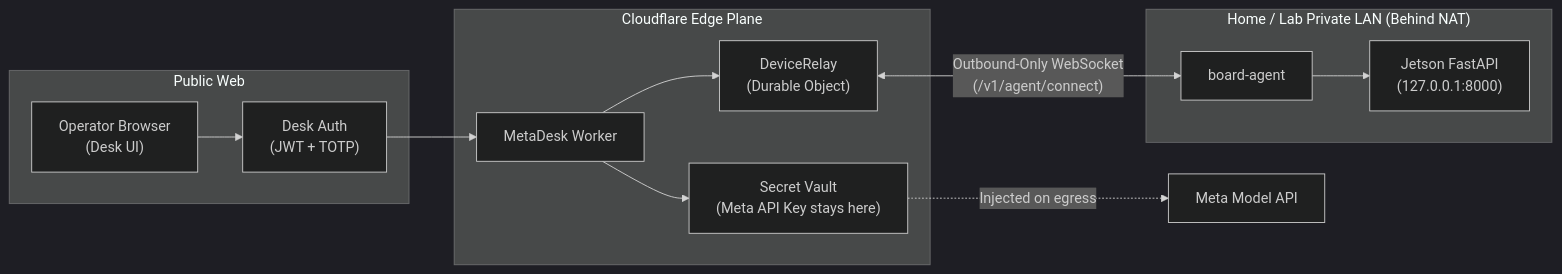
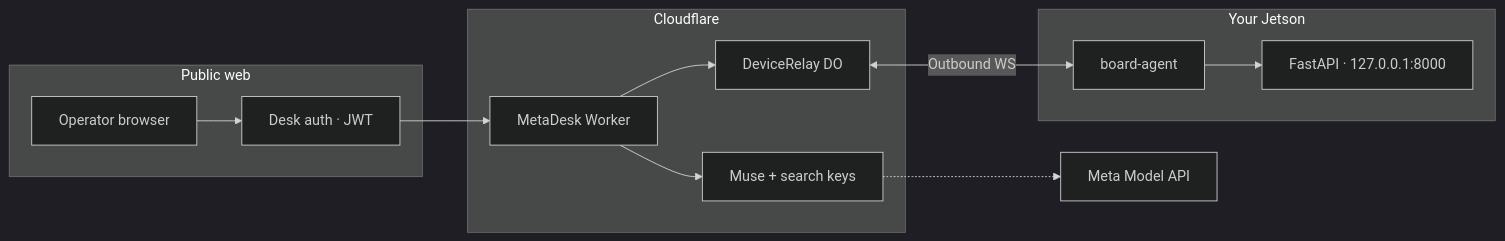
One commit to altaga/MetaDesk changed the second of 2 diagrams in README.md. Above: the diagram before and after it, drawn with Mermaid (dark theme). The commit also changed other lines of this file and 17 other files, not shown here.

First line of the commit message:
Document Muse-first MetaDesk with live UI screenshots.

````diff
--- a/README.md
+++ b/README.md
@@ -167,19 +138,16 @@
 ```mermaid
 flowchart LR
-  subgraph PublicWeb["Public Web"]
-    Browser["Operator Browser<br/>(Desk UI)"] --> Auth["Desk Auth<br/>(JWT + TOTP)"]
+  subgraph Public["Public web"]
+    Browser["Operator browser"] --> Auth["Desk auth · JWT"]
   end
-
-  subgraph Cloudflare["Cloudflare Edge Plane"]
+  subgraph CF["Cloudflare"]
     Auth --> Worker["MetaDesk Worker"]
-    Worker --> DO["DeviceRelay<br/>(Durable Object)"]
-    Worker --> Vault["Secret Vault<br/>(Meta API Key stays here)"]
+    Worker --> Relay["DeviceRelay DO"]
+    Worker --> Vault["Muse + search keys"]
   end
-
-  subgraph PrivateLAN["Home / Lab Private LAN (Behind NAT)"]
-    DO <-->|"Outbound-Only WebSocket<br/>(/v1/agent/connect)"| BoardAgent["board-agent"]
-    BoardAgent --> JetsonAPI["Jetson FastAPI<br/>(127.0.0.1:8000)"]
+  subgraph Board["Your Jetson"]
+    Relay <-->|"Outbound WS"| Agent["board-agent"]
+    Agent --> API["FastAPI · 127.0.0.1:8000"]
   end
-
-  Vault -.->|"Injected on egress"| MetaAPI["Meta Model API"]
+  Vault -.-> Meta["Meta Model API"]
 ```
````
